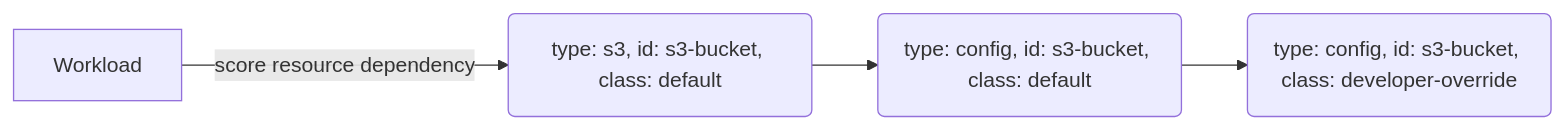
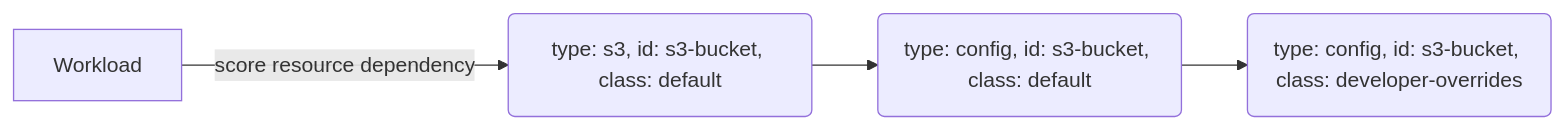
One commit to humanitec-architecture/example-library changed the diagram in resource-graph-patterns/config-pattern/README.md. Above: the diagram before and after it, drawn with Mermaid.

````diff
--- a/resource-graph-patterns/config-pattern/README.md
+++ b/resource-graph-patterns/config-pattern/README.md
@@ -16,7 +16,7 @@
 ```mermaid
 flowchart LR
     WL[Workload] -->|score resource dependency| S3(type: s3, id: s3-bucket, class: default)
     S3 --> CONF_S3(type: config, id: s3-bucket, class: default)
-    CONF_S3 --> CONF_S3_DEV_OVERRIDE(type: config, id: s3-bucket, class: developer-override)
+    CONF_S3 --> CONF_S3_DEV_OVERRIDE(type: config, id: s3-bucket, class: developer-overrides)
 
 ```
````
